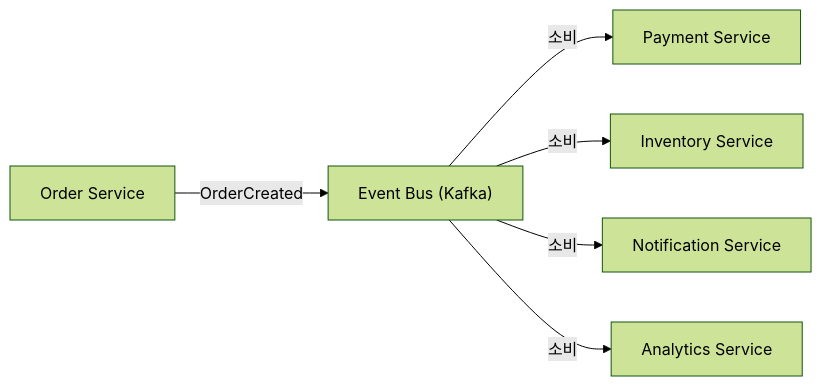
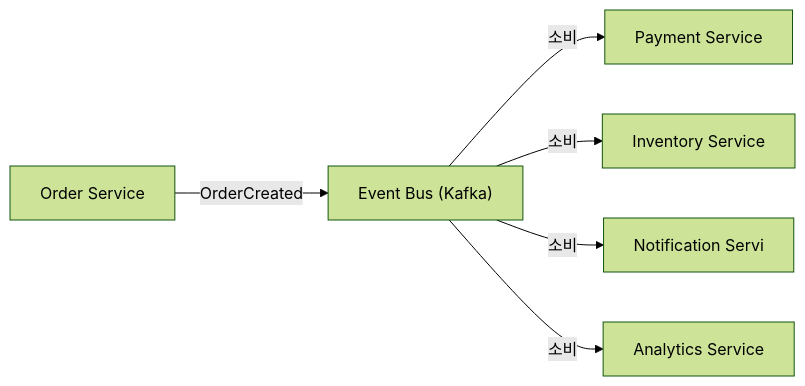
The second of 4 diagrams in _posts/architecture/2026-05-01-event-driven.md (yjkim2015/yjkim2015.github.io), drawn with Mermaid (forest theme) before and after one commit. The commit also changed other lines of this file and 271 other files, not shown here.

First line of the commit message:
Mermaid 라벨 축소: 긴 노드 텍스트 18자 이하로 트림 + \n 제거

````diff
--- a/_posts/architecture/2026-05-01-event-driven.md
+++ b/_posts/architecture/2026-05-01-event-driven.md
@@ -49,8 +49,8 @@
 ```mermaid
 graph LR
     OS["Order Service"] -->|"OrderCreated"| EB["Event Bus (Kafka)"]
     EB -->|"소비"| PS["Payment Service"]
     EB -->|"소비"| IS["Inventory Service"]
-    EB -->|"소비"| NS["Notification Service"]
+    EB -->|"소비"| NS["Notification Servi"]
     EB -->|"소비"| AN["Analytics Service"]
 ```
````
